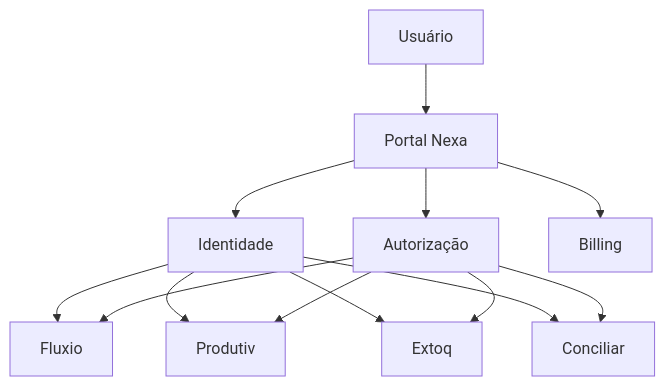
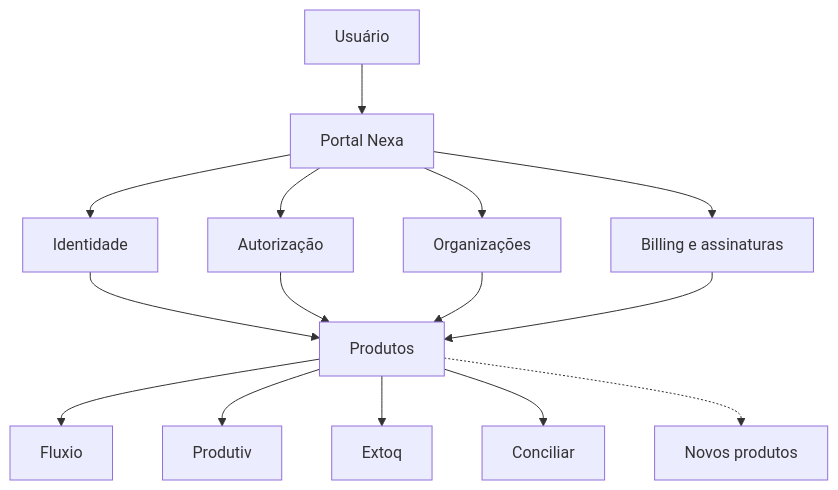
Before and after one commit to swnexa-dev/Plataforma-SWNEXA: the first of 2 diagrams in README.md, drawn with Mermaid. The commit also changed other lines of this file, not shown here.

````diff
--- a/README.md
+++ b/README.md
@@ -153,20 +170,20 @@
 ```mermaid
 flowchart TD
-    U[Usuário]
+    U[Usuário] --> P[Portal Nexa]
 
-    U --> P[Portal Nexa]
+    P --> I[Identidade]
+    P --> A[Autorização]
+    P --> O[Organizações]
+    P --> B[Billing e assinaturas]
 
-    P --> ID[Identidade]
-    P --> AU[Autorização]
-    P --> B[Billing]
+    I --> PRODUCTS[Produtos]
+    A --> PRODUCTS
+    O --> PRODUCTS
+    B --> PRODUCTS
 
-    ID --> F[Fluxio]
-    ID --> PR[Produtiv]
-    ID --> E[Extoq]
-    ID --> C[Conciliar]
-
-    AU --> F
-    AU --> PR
-    AU --> E
-    AU --> C
+    PRODUCTS --> F[Fluxio]
+    PRODUCTS --> PR[Produtiv]
+    PRODUCTS --> E[Extoq]
+    PRODUCTS --> C[Conciliar]
+    PRODUCTS -.-> N[Novos produtos]
 ```
````
